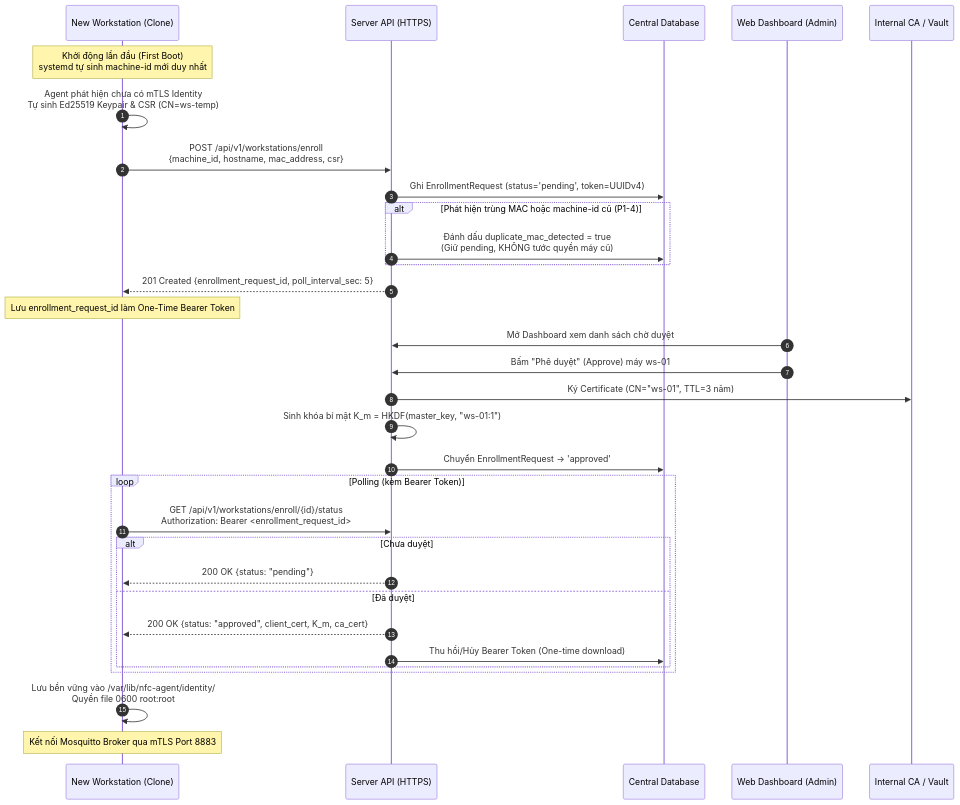
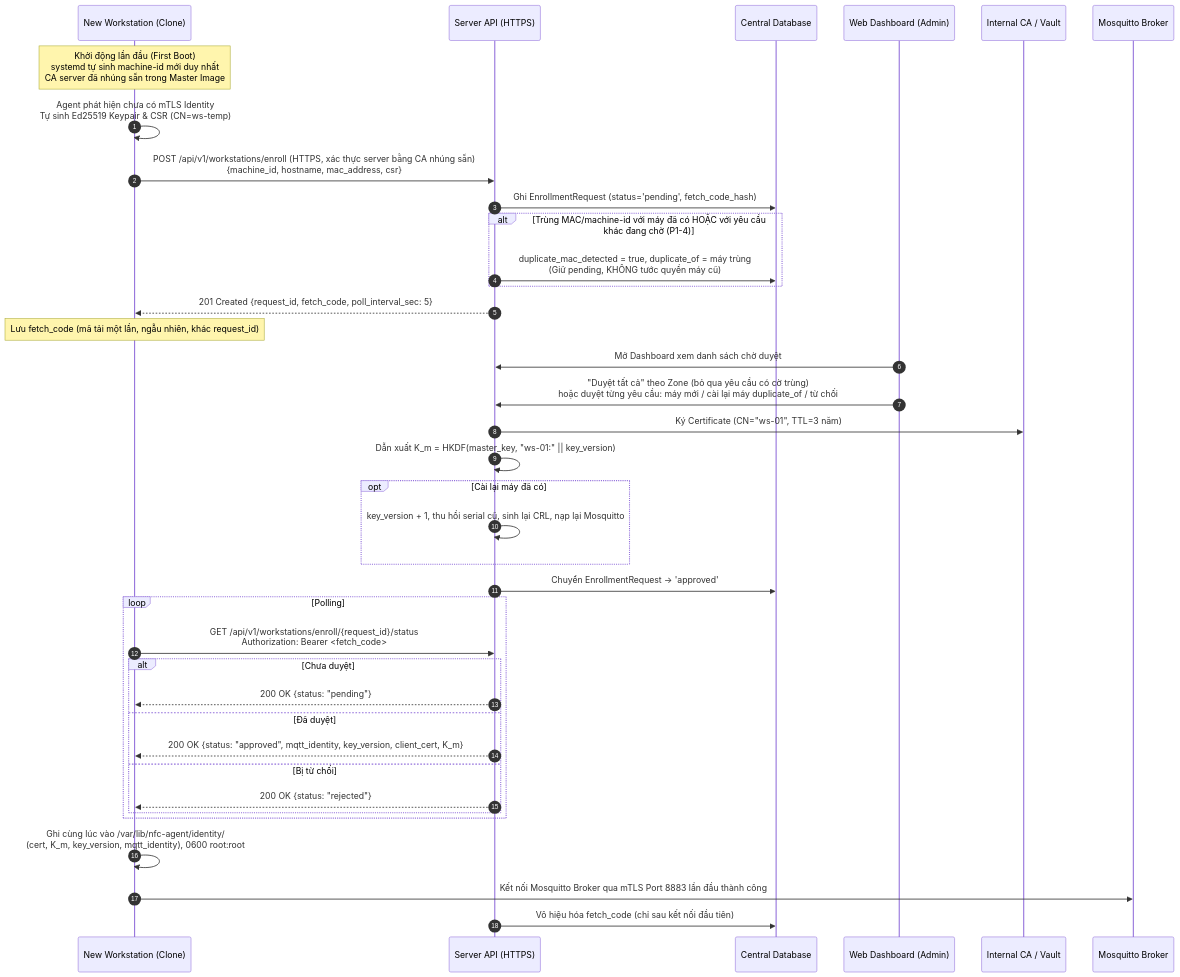
The third of 3 diagrams in design/docs/06-architecture/decisions/ADR-002-giao-thuc-mqtt-va-dinh-danh-may-tram.md (binhtoong21/linux-access-control), drawn with Mermaid before and after one commit. The commit also changed other lines of this file and 22 other files, not shown here.

First line of the commit message:
docs(design): Apply post-07-data review (D-014..D-017), drop EnrollmentToken, add reenroll flow

````diff
--- a/design/docs/06-architecture/decisions/ADR-002-giao-thuc-mqtt-va-dinh-danh-may-tram.md
+++ b/design/docs/06-architecture/decisions/ADR-002-giao-thuc-mqtt-va-dinh-danh-may-tram.md
@@ -277,35 +293,41 @@
 ```mermaid
 sequenceDiagram
     autonumber
     participant W as New Workstation (Clone)
     participant S as Server API (HTTPS)
     participant DB as Central Database
     participant Admin as Web Dashboard (Admin)
     participant CA as Internal CA / Vault
+    participant B as Mosquitto Broker
 
-    Note over W: Khởi động lần đầu (First Boot)<br>systemd tự sinh machine-id mới duy nhất
+    Note over W: Khởi động lần đầu (First Boot)<br>systemd tự sinh machine-id mới duy nhất<br>CA server đã nhúng sẵn trong Master Image
     W->>W: Agent phát hiện chưa có mTLS Identity<br>Tự sinh Ed25519 Keypair & CSR (CN=ws-temp)
-    W->>S: POST /api/v1/workstations/enroll<br>{machine_id, hostname, mac_address, csr}
-    S->>DB: Ghi EnrollmentRequest (status='pending', token=UUIDv4)
-    alt Phát hiện trùng MAC hoặc machine-id cũ (P1-4)
-        S->>DB: Đánh dấu duplicate_mac_detected = true<br>(Giữ pending, KHÔNG tước quyền máy cũ)
+    W->>S: POST /api/v1/workstations/enroll (HTTPS, xác thực server bằng CA nhúng sẵn)<br>{machine_id, hostname, mac_address, csr}
+    S->>DB: Ghi EnrollmentRequest (status='pending', fetch_code_hash)
+    alt Trùng MAC/machine-id với máy đã có HOẶC với yêu cầu khác đang chờ (P1-4)
+        S->>DB: duplicate_mac_detected = true, duplicate_of = máy trùng<br>(Giữ pending, KHÔNG tước quyền máy cũ)
     end
-    S-->>W: 201 Created {enrollment_request_id, poll_interval_sec: 5}
-    Note over W: Lưu enrollment_request_id làm One-Time Bearer Token
+    S-->>W: 201 Created {request_id, fetch_code, poll_interval_sec: 5}
+    Note over W: Lưu fetch_code (mã tải một lần, ngẫu nhiên, khác request_id)
     Admin->>S: Mở Dashboard xem danh sách chờ duyệt
-    Admin->>S: Bấm "Phê duyệt" (Approve) máy ws-01
+    Admin->>S: "Duyệt tất cả" theo Zone (bỏ qua yêu cầu có cờ trùng)<br>hoặc duyệt từng yêu cầu: máy mới / cài lại máy duplicate_of / từ chối
     S->>CA: Ký Certificate (CN="ws-01", TTL=3 năm)
-    S->>S: Sinh khóa bí mật K_m = HKDF(master_key, "ws-01:1")
+    S->>S: Dẫn xuất K_m = HKDF(master_key, "ws-01:" || key_version)
+    opt Cài lại máy đã có
+        S->>S: key_version + 1, thu hồi serial cũ, sinh lại CRL, nạp lại Mosquitto
+    end
     S->>DB: Chuyển EnrollmentRequest -> 'approved'
-    loop Polling (kèm Bearer Token)
-        W->>S: GET /api/v1/workstations/enroll/{id}/status<br>Authorization: Bearer <enrollment_request_id>
+    loop Polling
+        W->>S: GET /api/v1/workstations/enroll/{request_id}/status<br>Authorization: Bearer <fetch_code>
         alt Chưa duyệt
             S-->>W: 200 OK {status: "pending"}
         else Đã duyệt
-            S-->>W: 200 OK {status: "approved", client_cert, K_m, ca_cert}
-            S->>DB: Thu hồi/Hủy Bearer Token (One-time download)
+            S-->>W: 200 OK {status: "approved", mqtt_identity, key_version, client_cert, K_m}
+        else Bị từ chối
+            S-->>W: 200 OK {status: "rejected"}
         end
     end
-    W->>W: Lưu bền vững vào /var/lib/nfc-agent/identity/<br>Quyền file 0600 root:root
-    Note over W: Kết nối Mosquitto Broker qua mTLS Port 8883
+    W->>W: Ghi cùng lúc vào /var/lib/nfc-agent/identity/<br>(cert, K_m, key_version, mqtt_identity), 0600 root:root
+    W->>B: Kết nối Mosquitto Broker qua mTLS Port 8883 lần đầu thành công
+    S->>DB: Vô hiệu hóa fetch_code (chỉ sau kết nối đầu tiên)
 ```
````
